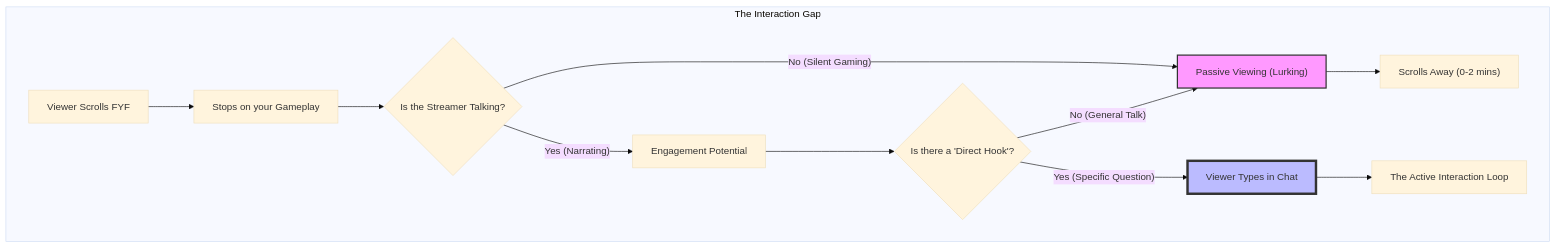
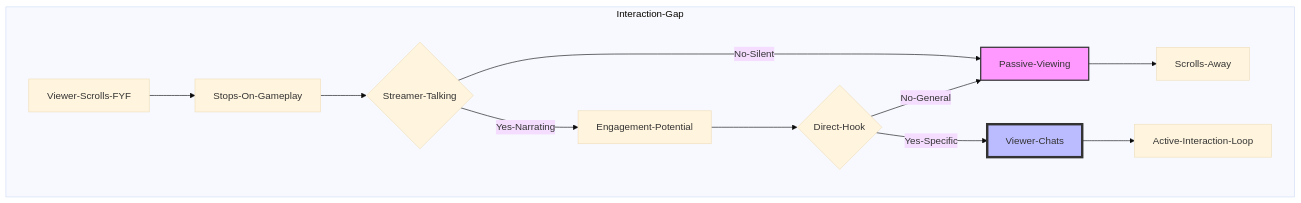
The diagram in data/blog/tiktok-live-gaming-dead-chat-fix-2026.mdx (littl3-boat/ttwise), drawn with Mermaid (base theme) before and after one commit. The commit also changed 6 other files, not shown here.

Commit message:
fix: resolve Mermaid syntax errors in recent blog posts

````diff
--- a/data/blog/tiktok-live-gaming-dead-chat-fix-2026.mdx
+++ b/data/blog/tiktok-live-gaming-dead-chat-fix-2026.mdx
@@ -26,21 +26,21 @@
 ```mermaid
-graph TD
-    subgraph "The Interaction Gap"
-        A["Viewer Scrolls FYF"] --> B["Stops on your Gameplay"]
-        B --> C{"Is the Streamer Talking?"}
+flowchart TD
+    subgraph Interaction-Gap
+        A[Viewer-Scrolls-FYF] --> B[Stops-On-Gameplay]
+        B --> C{Streamer-Talking}
         
-        C -- "No (Silent Gaming)" --> D["Passive Viewing (Lurking)"]
-        C -- "Yes (Narrating)" --> E["Engagement Potential"]
+        C -- No-Silent --> D[Passive-Viewing]
+        C -- Yes-Narrating --> E[Engagement-Potential]
         
-        D --> F["Scrolls Away (0-2 mins)"]
+        D --> F[Scrolls-Away]
         
-        E --> G{"Is there a 'Direct Hook'?"}
-        G -- "No (General Talk)" --> D
-        G -- "Yes (Specific Question)" --> H["Viewer Types in Chat"]
+        E --> G{Direct-Hook}
+        G -- No-General --> D
+        G -- Yes-Specific --> H[Viewer-Chats]
         
-        H --> I["The Active Interaction Loop"]
+        H --> I[Active-Interaction-Loop]
     end
     
     style D fill:#f9f,stroke:#333,stroke-width:2px
     style H fill:#bbf,stroke:#333,stroke-width:4px
 ```
````
